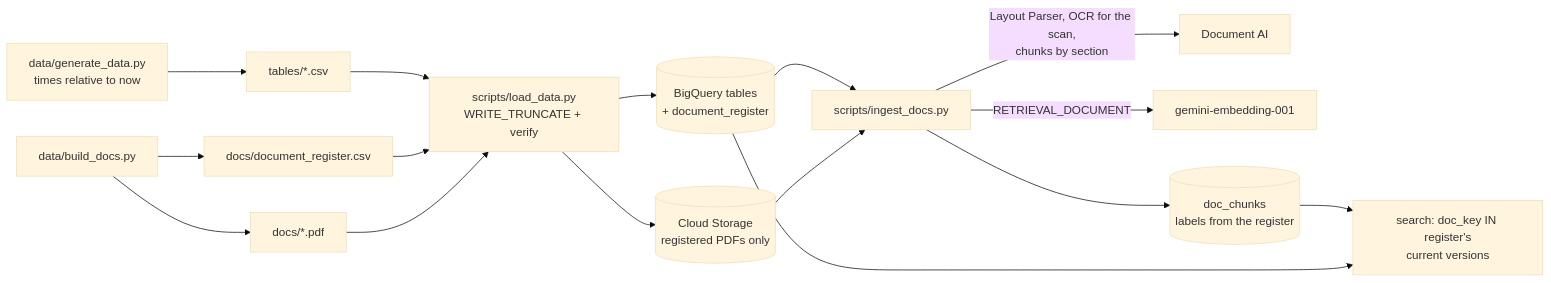
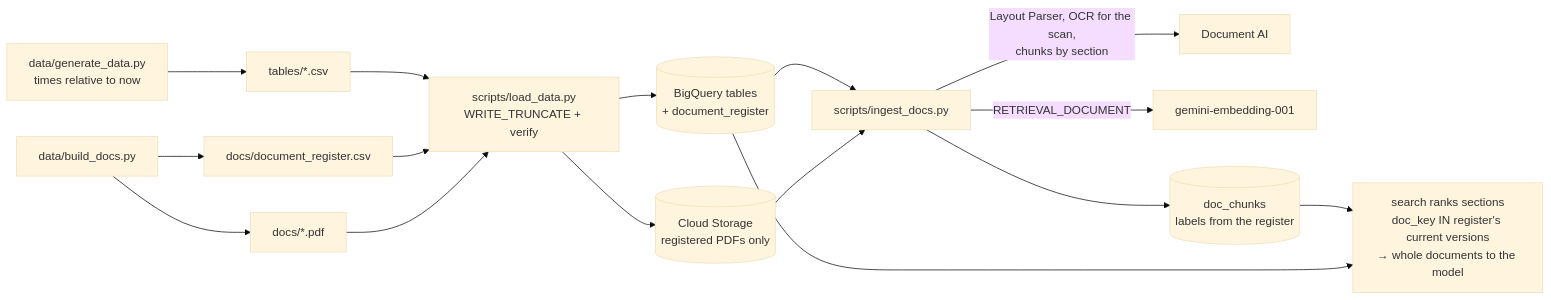
One commit to vikassingh0593/GCP_FDE changed the third of 3 diagrams in 1_Basic/session-20-5thNov-Capstone-1/capstone/capstone-submissions/architecture.md. Above: the diagram before and after it, drawn with Mermaid (base theme). The commit also changed other lines of this file and 51 other files, not shown here.

````diff
--- a/1_Basic/session-20-5thNov-Capstone-1/capstone/capstone-submissions/architecture.md
+++ b/1_Basic/session-20-5thNov-Capstone-1/capstone/capstone-submissions/architecture.md
@@ -116,17 +133,17 @@
 ```mermaid
 flowchart LR
     gen[data/generate_data.py<br/>times relative to now] --> csv[tables/*.csv]
     build[data/build_docs.py] --> pdf[docs/*.pdf] & reg[docs/document_register.csv]
     csv --> load[scripts/load_data.py<br/>WRITE_TRUNCATE + verify]
     reg --> load
     pdf --> load
     load --> bqt[(BigQuery tables<br/>+ document_register)]
     load --> bucket[(Cloud Storage<br/>registered PDFs only)]
     bqt --> ingest[scripts/ingest_docs.py]
     bucket --> ingest
     ingest -->|Layout Parser, OCR for the scan,<br/>chunks by section| docai[Document AI]
     ingest -->|RETRIEVAL_DOCUMENT| emb[gemini-embedding-001]
     ingest --> chunks[(doc_chunks<br/>labels from the register)]
-    chunks --> search[search: doc_key IN register's<br/>current versions]
+    chunks --> search[search ranks sections<br/>doc_key IN register's current versions<br/>→ whole documents to the model]
     bqt --> search
 ```
````
